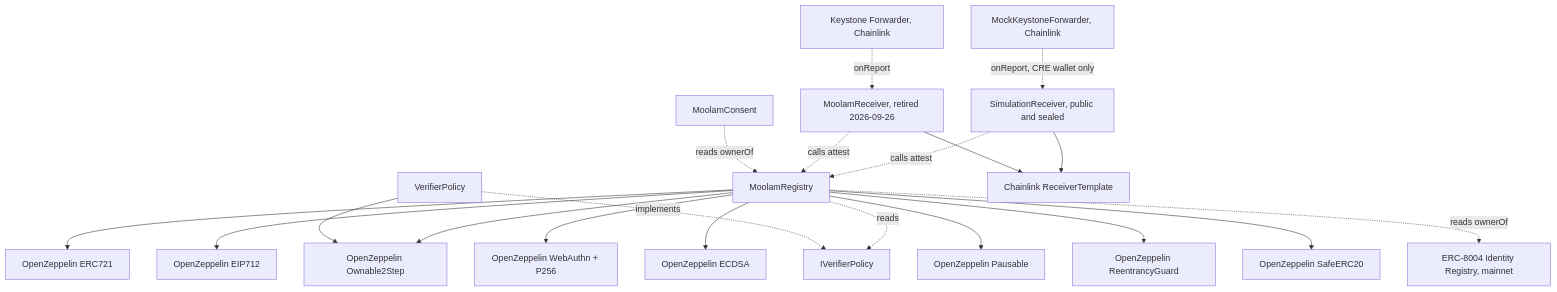
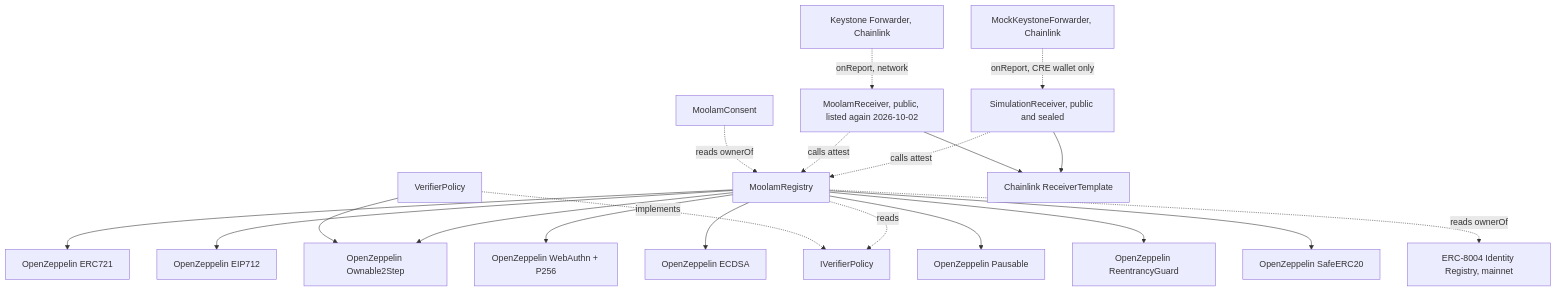
Before and after one commit to ramakrishnanhulk20/Moolam: the tenth of 12 diagrams in docs/developers/architecture.md, drawn with Mermaid. The commit also changed other lines of this file and 31 other files, not shown here.

````diff
--- a/docs/developers/architecture.md
+++ b/docs/developers/architecture.md
@@ -244,22 +271,22 @@
 ```mermaid height=371
 flowchart TD
     MR[MoolamRegistry] --> ERC721[OpenZeppelin ERC721]
     MR --> EIP712[OpenZeppelin EIP712]
     MR --> WA[OpenZeppelin WebAuthn + P256]
     MR --> ECDSA[OpenZeppelin ECDSA]
     MR --> O2[OpenZeppelin Ownable2Step]
     MR --> PA[OpenZeppelin Pausable]
     MR --> RG[OpenZeppelin ReentrancyGuard]
     MR --> SE[OpenZeppelin SafeERC20]
     MR -. reads .-> IVP[IVerifierPolicy]
     MR -. reads ownerOf .-> I8[ERC-8004 Identity Registry, mainnet]
     VP[VerifierPolicy] --> O2
     VP -. implements .-> IVP
     SR[SimulationReceiver, public and sealed] --> RT[Chainlink ReceiverTemplate]
     SR -. calls attest .-> MR
     MF[MockKeystoneForwarder, Chainlink] -. onReport, CRE wallet only .-> SR
-    RC[MoolamReceiver, retired 2026-09-26] --> RT
-    RC -. calls attest .-> MR
-    FW[Keystone Forwarder, Chainlink] -. onReport .-> RC
+    NR[MoolamReceiver, public, listed again 2026-10-02] --> RT
+    NR -. calls attest .-> MR
+    FW[Keystone Forwarder, Chainlink] -. onReport, network .-> NR
     MC[MoolamConsent] -. reads ownerOf .-> MR
 ```
````
